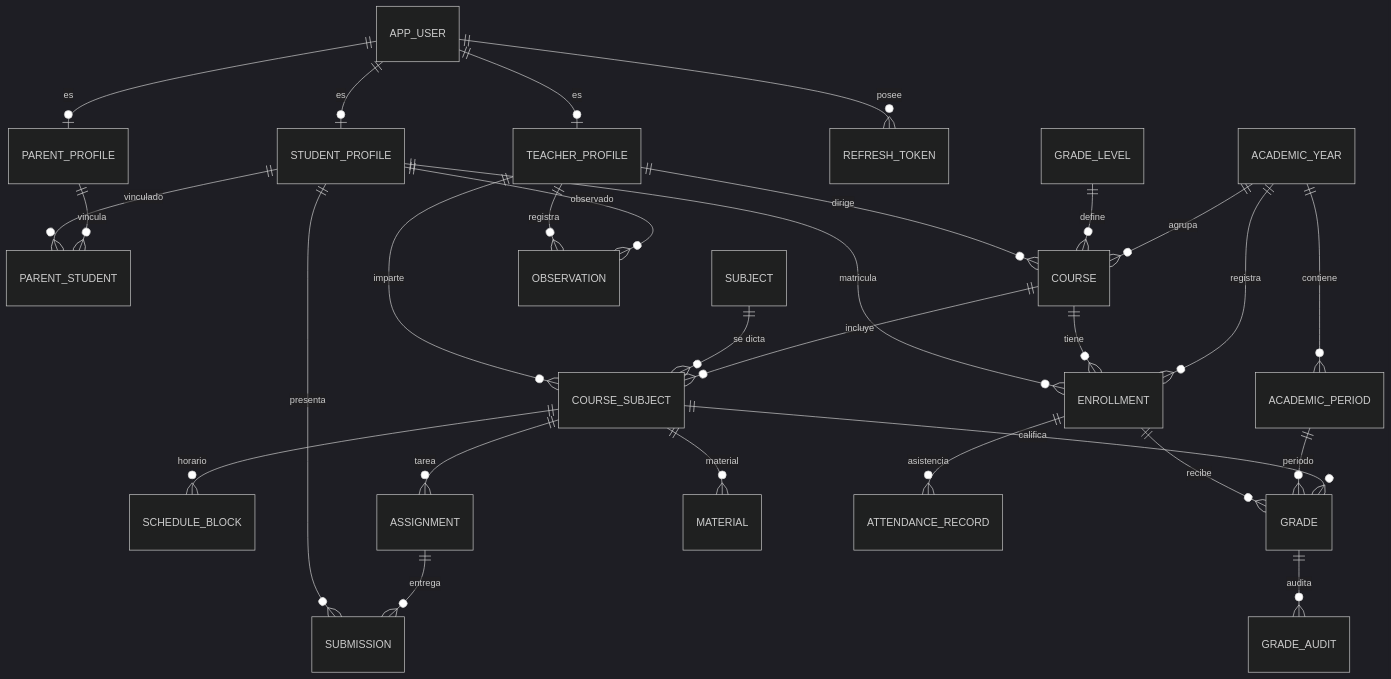
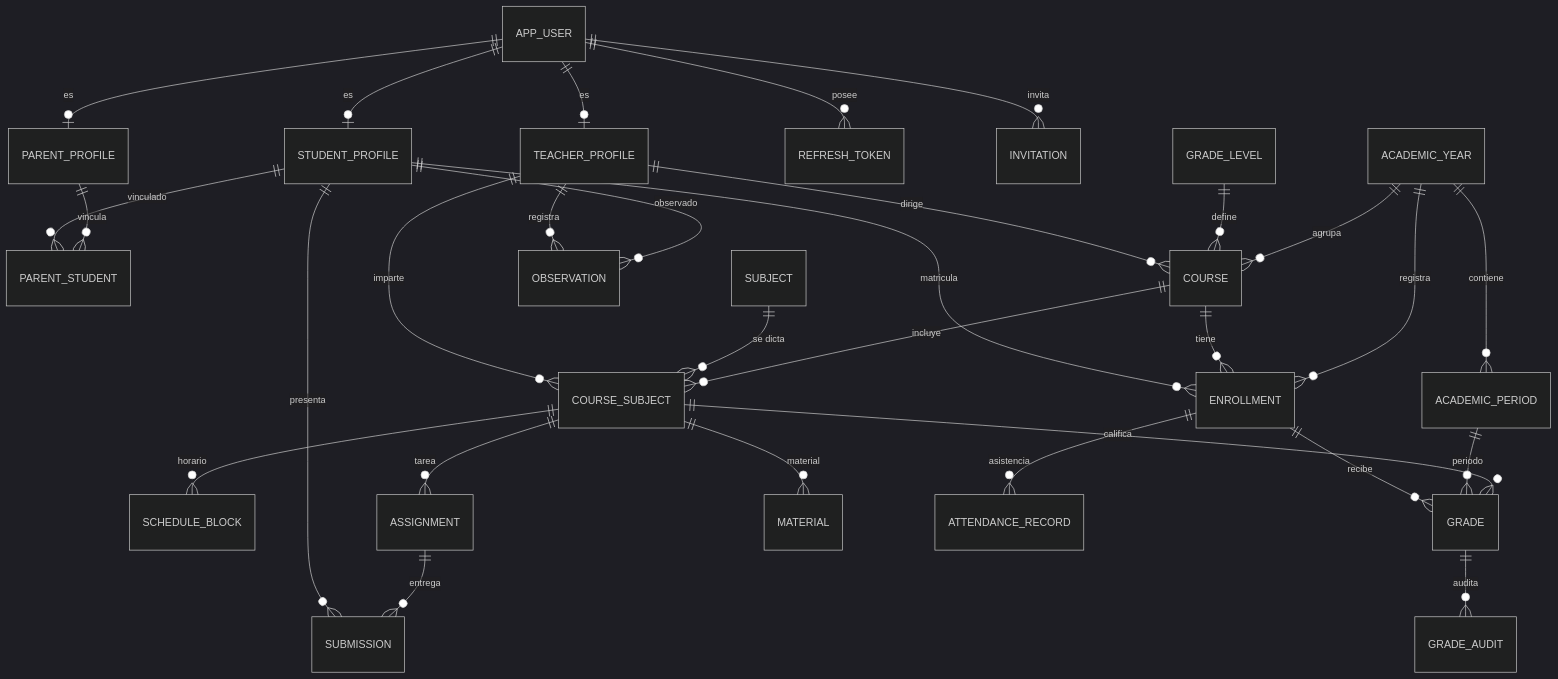
One commit to manuelmora-rg/portal-escolar-uco changed the first of 2 diagrams in ARCHITECTURE.md. Above: the diagram before and after it, drawn with Mermaid (dark theme). The commit also changed other lines of this file and 26 other files, not shown here.

````diff
--- a/ARCHITECTURE.md
+++ b/ARCHITECTURE.md
@@ -167,32 +174,33 @@
 ```mermaid
 erDiagram
     APP_USER ||--o| STUDENT_PROFILE : "es"
     APP_USER ||--o| TEACHER_PROFILE : "es"
     APP_USER ||--o| PARENT_PROFILE : "es"
     APP_USER ||--o{ REFRESH_TOKEN : "posee"
+    APP_USER ||--o{ INVITATION : "invita"
     PARENT_PROFILE ||--o{ PARENT_STUDENT : "vincula"
     STUDENT_PROFILE ||--o{ PARENT_STUDENT : "vinculado"
 
     ACADEMIC_YEAR ||--o{ ACADEMIC_PERIOD : "contiene"
     ACADEMIC_YEAR ||--o{ COURSE : "agrupa"
     ACADEMIC_YEAR ||--o{ ENROLLMENT : "registra"
     GRADE_LEVEL ||--o{ COURSE : "define"
     TEACHER_PROFILE ||--o{ COURSE : "dirige"
     COURSE ||--o{ ENROLLMENT : "tiene"
     STUDENT_PROFILE ||--o{ ENROLLMENT : "matricula"
     COURSE ||--o{ COURSE_SUBJECT : "incluye"
     SUBJECT ||--o{ COURSE_SUBJECT : "se dicta"
     TEACHER_PROFILE ||--o{ COURSE_SUBJECT : "imparte"
     COURSE_SUBJECT ||--o{ SCHEDULE_BLOCK : "horario"
     COURSE_SUBJECT ||--o{ GRADE : "califica"
     COURSE_SUBJECT ||--o{ ASSIGNMENT : "tarea"
     COURSE_SUBJECT ||--o{ MATERIAL : "material"
     ACADEMIC_PERIOD ||--o{ GRADE : "periodo"
     ENROLLMENT ||--o{ GRADE : "recibe"
     ASSIGNMENT ||--o{ SUBMISSION : "entrega"
     STUDENT_PROFILE ||--o{ SUBMISSION : "presenta"
     ENROLLMENT ||--o{ ATTENDANCE_RECORD : "asistencia"
     STUDENT_PROFILE ||--o{ OBSERVATION : "observado"
     TEACHER_PROFILE ||--o{ OBSERVATION : "registra"
     GRADE ||--o{ GRADE_AUDIT : "audita"
 ```
````
